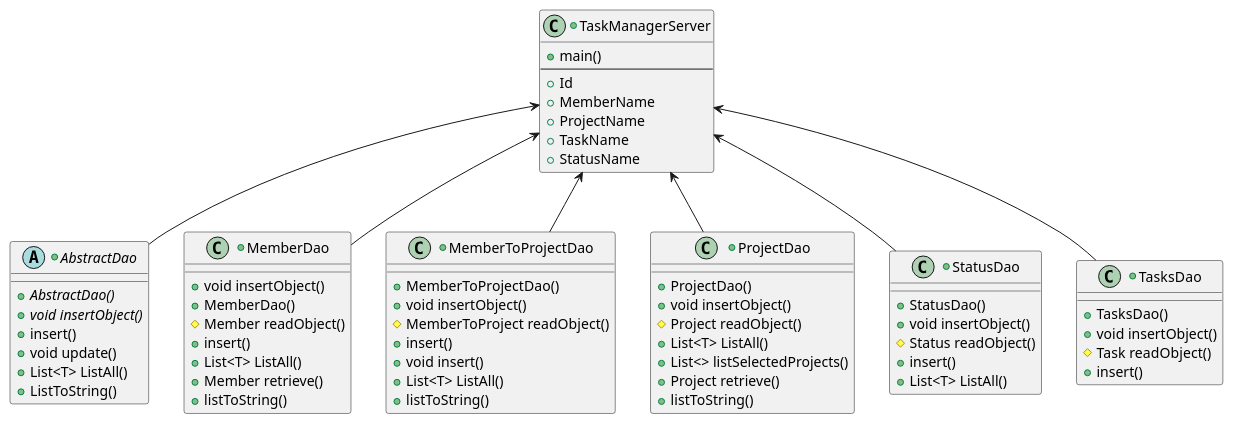
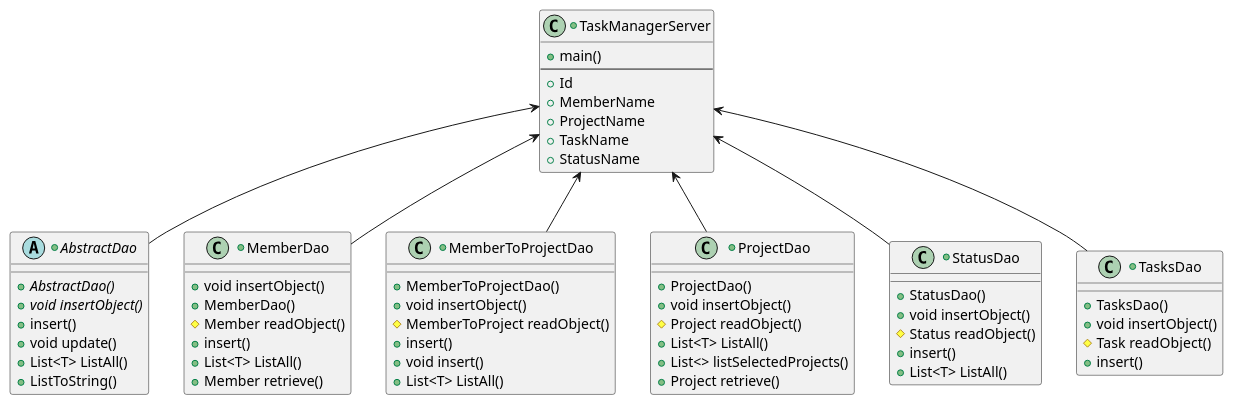
The diagram in doc/sequence.puml (iaffs/advanced-java-exam), drawn with PlantUML before and after one commit. The commit also changed 7 other files, not shown here.

```diff
--- a/doc/sequence.puml
+++ b/doc/sequence.puml
@@ -1,76 +1,73 @@
 @startuml
 
 TaskManagerServer <-- AbstractDao
 TaskManagerServer <-- MemberDao
 TaskManagerServer <-- MemberToProjectDao
 TaskManagerServer <-- ProjectDao
 TaskManagerServer <-- StatusDao
 TaskManagerServer <-- TasksDao
 
 
 +class TaskManagerServer {
 +main()
 ----
 +Id
 +MemberName
 +ProjectName
 +TaskName
 +StatusName
 }
 
 
 +abstract class AbstractDao {
 +{abstract} AbstractDao()
 +{abstract} void insertObject()
 +insert()
 + void update()
 +List<T> ListAll()
 +ListToString()
 }
 
 +class MemberDao {
 + void insertObject()
 +MemberDao()
 #Member readObject()
 + insert()
 +List<T> ListAll()
 +Member retrieve()
-+ listToString()
 }
 
 +class MemberToProjectDao {
 + MemberToProjectDao()
 + void insertObject()
 # MemberToProject readObject()
 + insert()
 + void insert()
 +List<T> ListAll()
-+ listToString()
 }
 
 +class ProjectDao {
 + ProjectDao()
 + void insertObject()
 # Project readObject()
 +List<T> ListAll()
 +List<> listSelectedProjects()
 + Project retrieve()
-+ listToString()
 }
 
 +class TasksDao {
 + TasksDao()
 + void insertObject()
 # Task readObject()
 + insert()
 
 }
 
 +class StatusDao {
 + StatusDao()
 + void insertObject()
 # Status readObject()
 + insert()
 + List<T> ListAll()
 }
 @enduml
```
